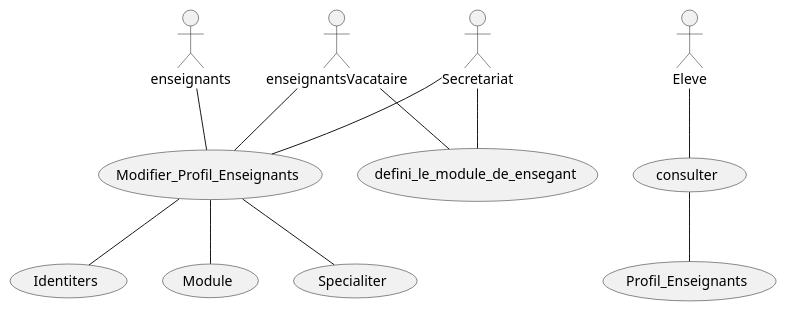
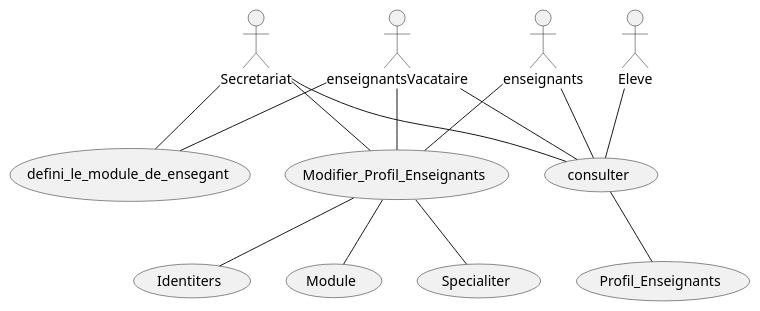
Before and after one commit to IUT-Blagnac/bcoo-retro2021-bcoo-retro2021-g16: the diagram in analyse/diagrammes/DiagrammeCasUtilisation.plantuml, drawn with PlantUML.

```diff
--- a/analyse/diagrammes/DiagrammeCasUtilisation.plantuml
+++ b/analyse/diagrammes/DiagrammeCasUtilisation.plantuml
@@ -1,28 +1,31 @@
 @startuml
 
 actor enseignants
 usecase Profil_Enseignants as PE
 usecase Modifier_Profil_Enseignants as MPE
 usecase Identiters as IE
 usecase Module as ME
 usecase Specialiter 
 usecase consulter 
 
 actor Secretariat
 actor enseignantsVacataire as EV
 actor Eleve 
 
 usecase defini_le_module_de_ensegant as DME
 
 enseignants -- MPE
 Secretariat -- MPE 
 Eleve -- consulter
+Secretariat -- consulter
+enseignants -- consulter
+EV -- consulter
 consulter -- PE
 MPE -- IE
 MPE -- ME
 EV -- MPE
 MPE -- Specialiter
 EV -- DME
 Secretariat -- DME
 
 @enduml
```
